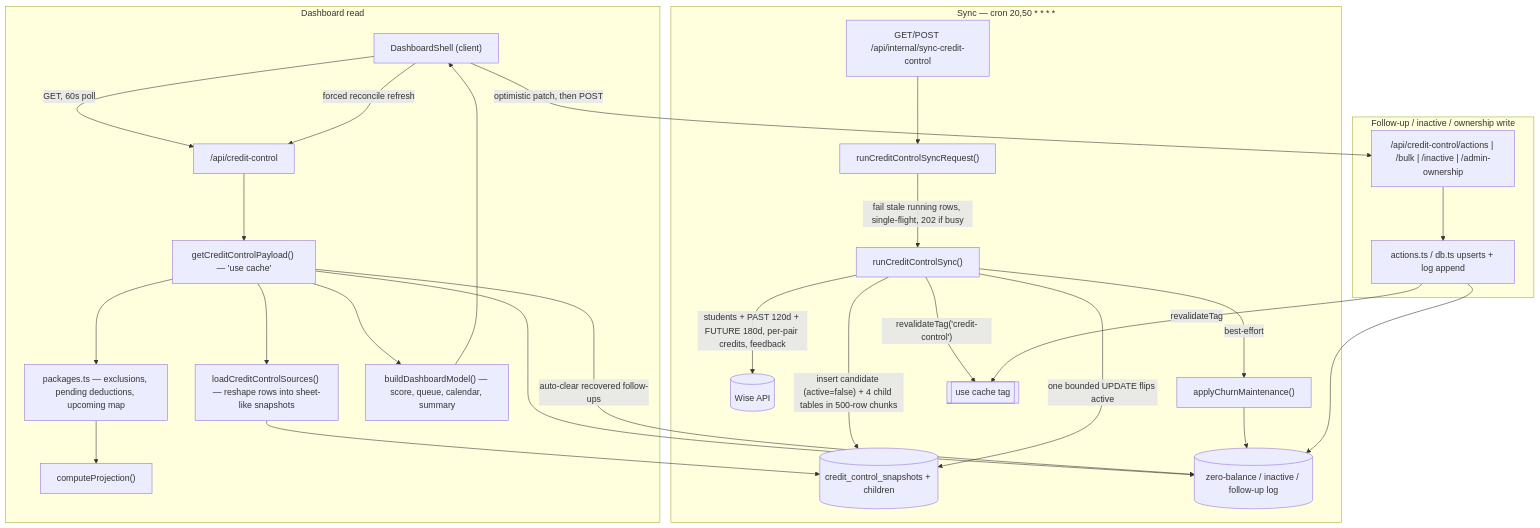
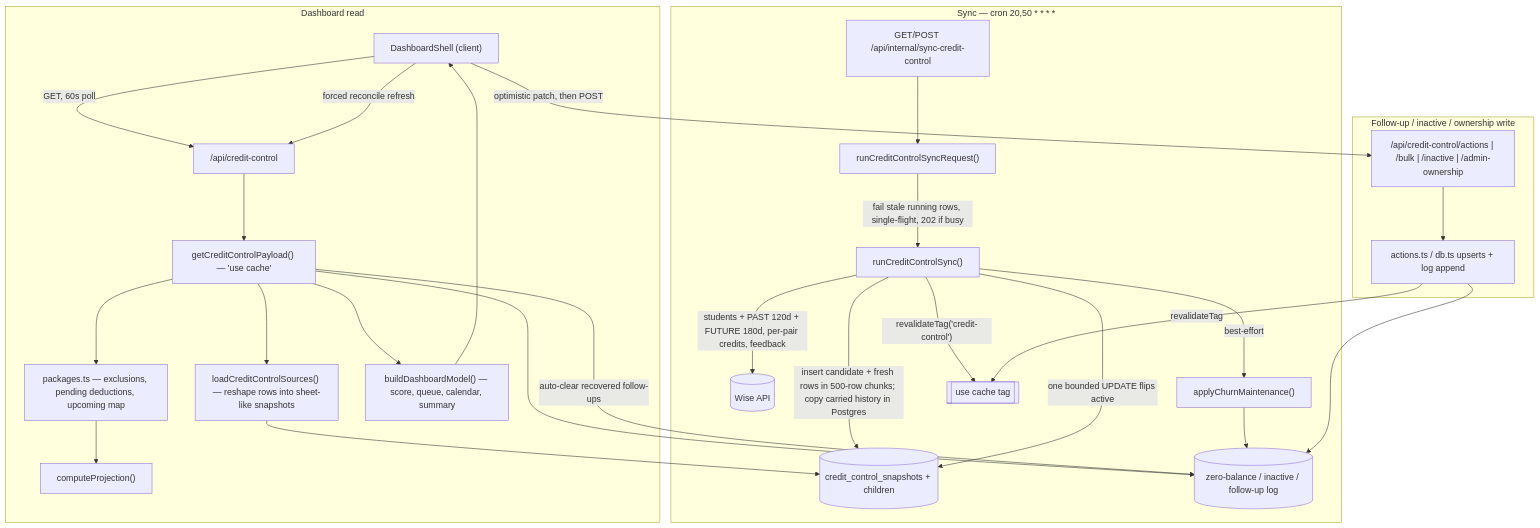
One commit to kasheesh711/bgscheduler changed the diagram in docs/features/credit-control.md. Above: the diagram before and after it, drawn with Mermaid. The commit also changed other lines of this file and 4 other files, not shown here.

Commit message:
perf: copy carried credit histories inside Postgres

````diff
--- a/docs/features/credit-control.md
+++ b/docs/features/credit-control.md
@@ -107,34 +107,34 @@
 ```mermaid
 flowchart TD
   subgraph Sync["Sync — cron 20,50 * * * *"]
     Cron["GET/POST /api/internal/sync-credit-control"] --> RSR["runCreditControlSyncRequest()"]
     RSR -->|"fail stale running rows, single-flight, 202 if busy"| RCS["runCreditControlSync()"]
     RCS -->|"students + PAST 120d + FUTURE 180d, per-pair credits, feedback"| WISE[("Wise API")]
-    RCS -->|"insert candidate (active=false) + 4 child tables in 500-row chunks"| SNAP[("credit_control_snapshots + children")]
+    RCS -->|"insert candidate + fresh rows in 500-row chunks; copy carried history in Postgres"| SNAP[("credit_control_snapshots + children")]
     RCS -->|"one bounded UPDATE flips active"| SNAP
     RCS -->|"best-effort"| CHURN["applyChurnMaintenance()"]
     CHURN --> SIDE[("zero-balance / inactive / follow-up log")]
     RCS -->|"revalidateTag('credit-control')"| CACHE[["use cache tag"]]
   end
 
   subgraph Read["Dashboard read"]
     Shell["DashboardShell (client)"] -->|"GET, 60s poll"| RT1["/api/credit-control"]
     RT1 --> SVC["getCreditControlPayload() — 'use cache'"]
     SVC --> LOAD["loadCreditControlSources() — reshape rows into sheet-like snapshots"]
     LOAD --> SNAP
     SVC --> PKG["packages.ts — exclusions, pending deductions, upcoming map"]
     PKG --> PROJ["computeProjection()"]
     SVC --> SIDE
     SVC -->|"auto-clear recovered follow-ups"| SIDE
     SVC --> AN["buildDashboardModel() — score, queue, calendar, summary"]
     AN --> Shell
   end
 
   subgraph Write["Follow-up / inactive / ownership write"]
     Shell -->|"optimistic patch, then POST"| RT2["/api/credit-control/actions | /bulk | /inactive | /admin-ownership"]
     RT2 --> ACT["actions.ts / db.ts upserts + log append"]
     ACT --> SIDE
     ACT -->|revalidateTag| CACHE
     Shell -->|"forced reconcile refresh"| RT1
   end
 ```
````
